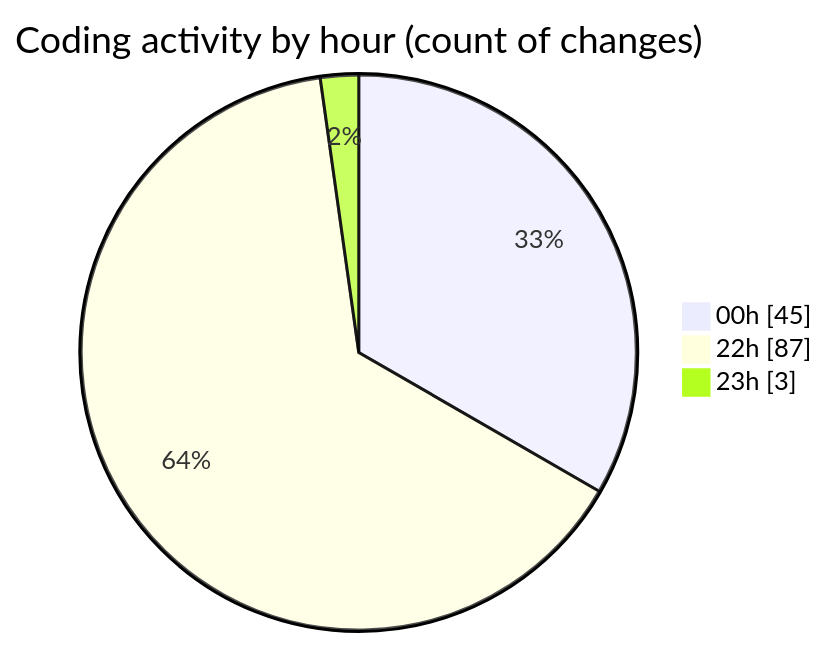
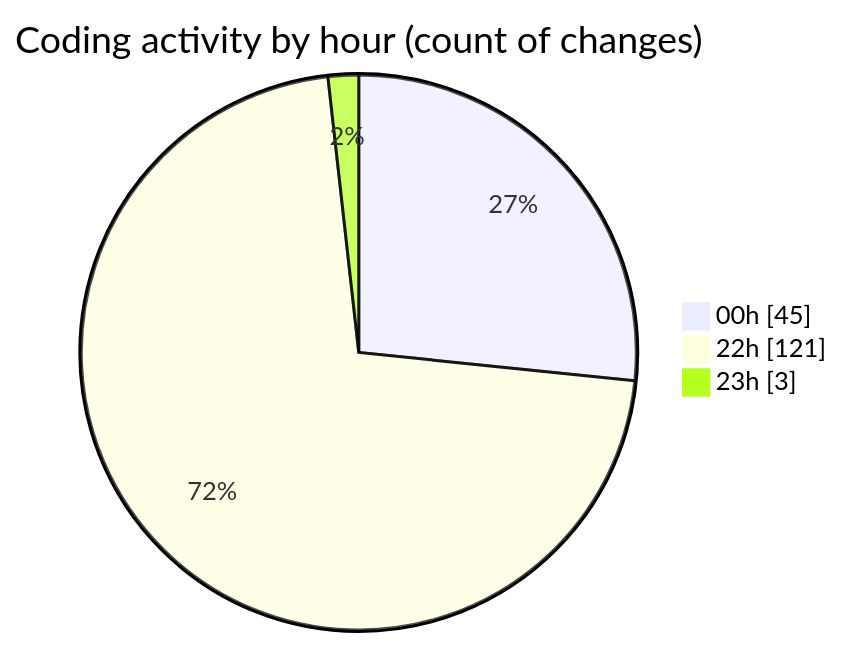
The second of 2 diagrams in 2025-07-29/javascript/README.md (Ritupan-Deka/code-tracking), drawn with Mermaid before and after one commit. The commit also changed other lines of this file and 1 other file, not shown here.

````diff
--- a/2025-07-29/javascript/README.md
+++ b/2025-07-29/javascript/README.md
@@ -29,7 +29,7 @@
 ```mermaid
 pie showData
 title Coding activity by hour (count of changes)
 "00h" : 45
-"22h" : 87
+"22h" : 121
 "23h" : 3
 ```
````
